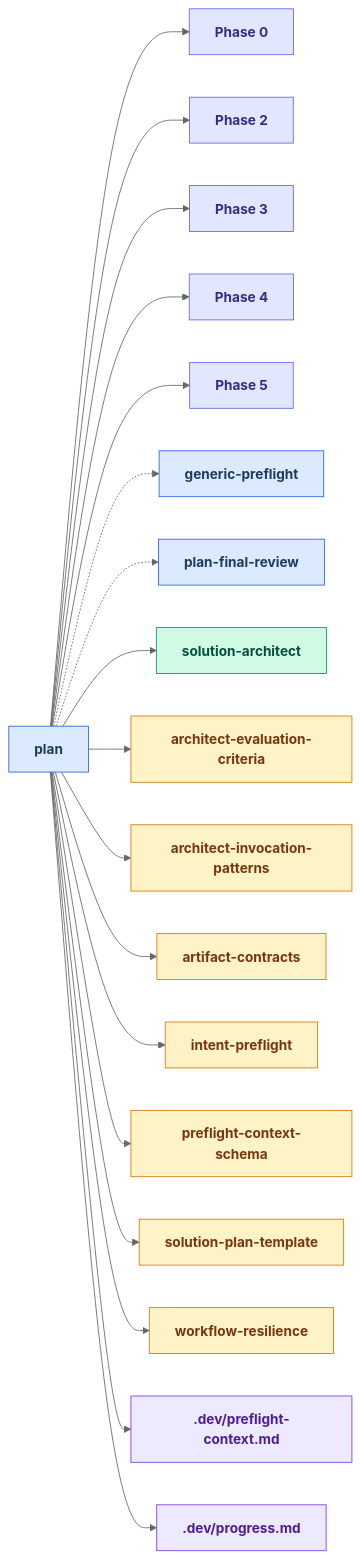
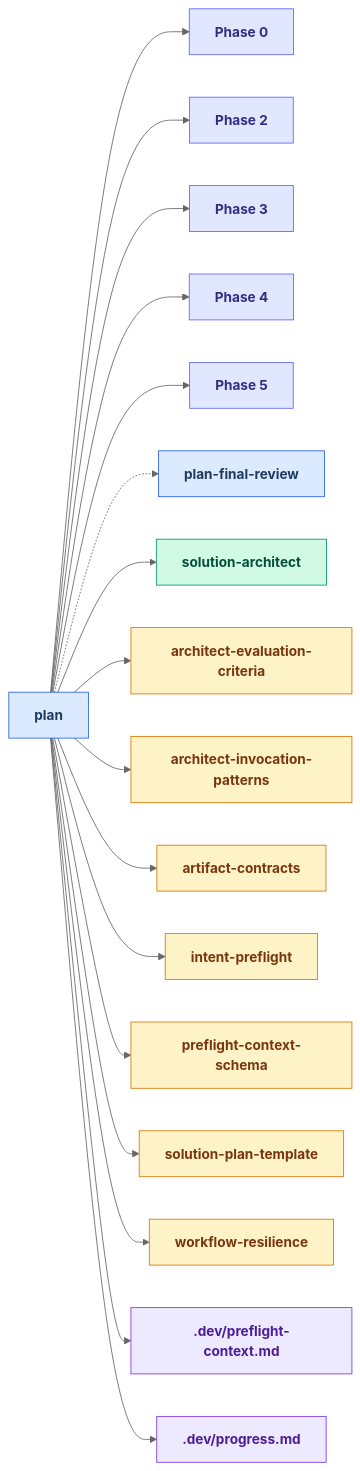
One commit to russell-laing/al-dev-shared changed the sixth of 25 diagrams in docs/skills_map.md. Above: the diagram before and after it, drawn with Mermaid (neutral theme). The commit also changed other lines of this file and 14 other files, not shown here.

````diff
--- a/docs/skills_map.md
+++ b/docs/skills_map.md
@@ -321,64 +316,61 @@
 ```mermaid
 flowchart LR
     classDef skillNode fill:#dbeafe,stroke:#2563eb,color:#1e3a5f,font-weight:bold
     classDef agentNode fill:#d1fae5,stroke:#059669,color:#064e3b,font-weight:bold
     classDef knowledgeNode fill:#fef3c7,stroke:#d97706,color:#78350f,font-weight:bold
     classDef artifactNode fill:#ede9fe,stroke:#7c3aed,color:#4c1d95,font-weight:bold
     classDef phaseNode fill:#e0e7ff,stroke:#6366f1,color:#312e81,font-weight:bold
 
     skill_plan[plan]
     Phase0["Phase 0"]
     Phase2["Phase 2"]
     Phase3["Phase 3"]
     Phase4["Phase 4"]
     Phase5["Phase 5"]
-    skill_generic_preflight[generic-preflight]
     skill_plan_final_review[plan-final-review]
     agent_solution_architect[solution-architect]
     knowledge_architect_evaluation_criteria_md[architect-evaluation-criteria]
     knowledge_architect_invocation_patterns_md[architect-invocation-patterns]
     knowledge_artifact_contracts_md[artifact-contracts]
     knowledge_intent_preflight_md[intent-preflight]
     knowledge_preflight_context_schema_md[preflight-context-schema]
     knowledge_solution_plan_template_md[solution-plan-template]
     knowledge_workflow_resilience_md[workflow-resilience]
     artifact_preflight_context_md[.dev/preflight-context.md]
     artifact_progress_md[.dev/progress.md]
 
     skill_plan --> Phase0
     skill_plan --> Phase2
     skill_plan --> Phase3
     skill_plan --> Phase4
     skill_plan --> Phase5
-    skill_plan -.-> skill_generic_preflight
     skill_plan -.-> skill_plan_final_review
     skill_plan --> agent_solution_architect
     skill_plan --> knowledge_architect_evaluation_criteria_md
     skill_plan --> knowledge_architect_invocation_patterns_md
     skill_plan --> knowledge_artifact_contracts_md
     skill_plan --> knowledge_intent_preflight_md
     skill_plan --> knowledge_preflight_context_schema_md
     skill_plan --> knowledge_solution_plan_template_md
     skill_plan --> knowledge_workflow_resilience_md
     skill_plan --> artifact_preflight_context_md
     skill_plan --> artifact_progress_md
 
     class skill_plan skillNode
     class Phase0 phaseNode
     class Phase2 phaseNode
     class Phase3 phaseNode
     class Phase4 phaseNode
     class Phase5 phaseNode
-    class skill_generic_preflight skillNode
     class skill_plan_final_review skillNode
     class agent_solution_architect agentNode
     class knowledge_architect_evaluation_criteria_md knowledgeNode
     class knowledge_architect_invocation_patterns_md knowledgeNode
     class knowledge_artifact_contracts_md knowledgeNode
     class knowledge_intent_preflight_md knowledgeNode
     class knowledge_preflight_context_schema_md knowledgeNode
     class knowledge_solution_plan_template_md knowledgeNode
     class knowledge_workflow_resilience_md knowledgeNode
     class artifact_preflight_context_md artifactNode
     class artifact_progress_md artifactNode
 ```
````
